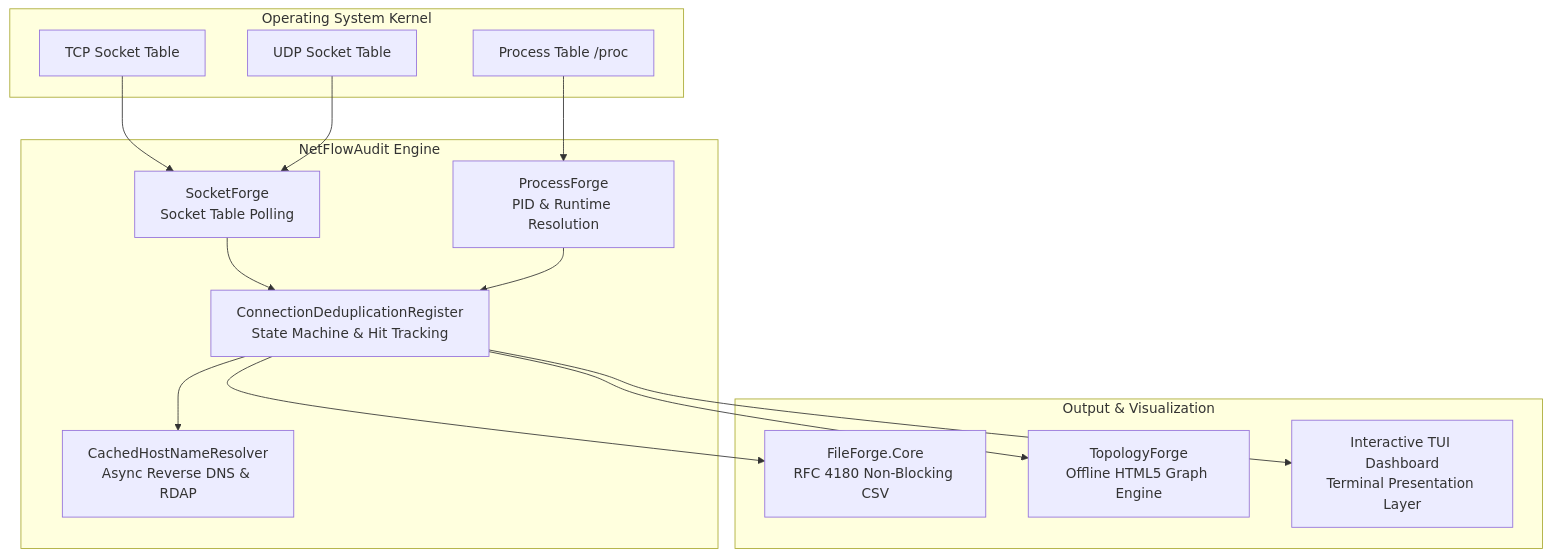
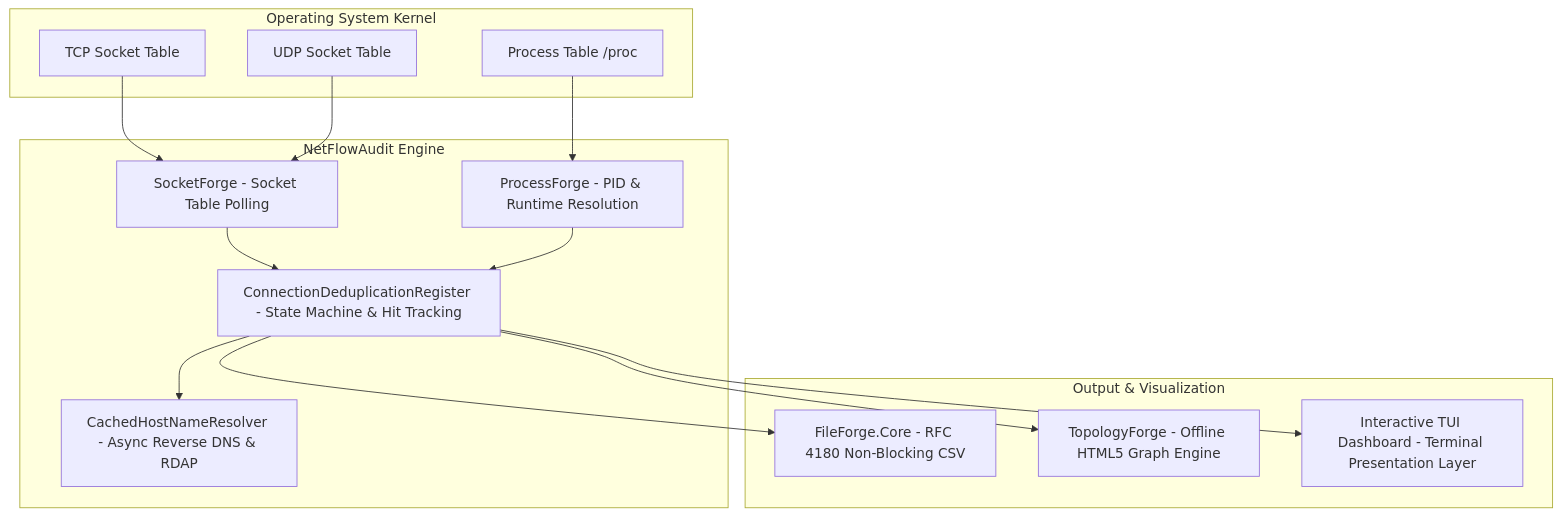
One commit to cedric-labs/NetFlowAudit changed the first of 3 diagrams in docs/architecture.md. Above: the diagram before and after it, drawn with Mermaid.

Commit message:
docs(architecture): fix mermaid flowchart node label escaping for github renderer

````diff
--- a/docs/architecture.md
+++ b/docs/architecture.md
@@ -9,31 +9,31 @@
 ```mermaid
 flowchart TD
     subgraph OS_Kernel["Operating System Kernel"]
         TCP["TCP Socket Table"]
         UDP["UDP Socket Table"]
         PROC["Process Table /proc"]
     end
 
     subgraph NetFlowAudit_Core["NetFlowAudit Engine"]
-        SF["SocketForge\nSocket Table Polling"]
-        PF["ProcessForge\nPID & Runtime Resolution"]
-        DEDUP["ConnectionDeduplicationRegister\nState Machine & Hit Tracking"]
-        DNS["CachedHostNameResolver\nAsync Reverse DNS & RDAP"]
+        SF["SocketForge - Socket Table Polling"]
+        PF["ProcessForge - PID & Runtime Resolution"]
+        DEDUP["ConnectionDeduplicationRegister - State Machine & Hit Tracking"]
+        DNS["CachedHostNameResolver - Async Reverse DNS & RDAP"]
     end
 
     subgraph Persistence_Presentation["Output & Visualization"]
-        FF["FileForge.Core\nRFC 4180 Non-Blocking CSV"]
-        TF["TopologyForge\nOffline HTML5 Graph Engine"]
-        TUI["Interactive TUI Dashboard\nTerminal Presentation Layer"]
+        FF["FileForge.Core - RFC 4180 Non-Blocking CSV"]
+        TF["TopologyForge - Offline HTML5 Graph Engine"]
+        TUI["Interactive TUI Dashboard - Terminal Presentation Layer"]
     end
 
     TCP --> SF
     UDP --> SF
     PROC --> PF
     SF --> DEDUP
     PF --> DEDUP
     DEDUP --> DNS
     DEDUP --> FF
     DEDUP --> TF
     DEDUP --> TUI
 ```
````
